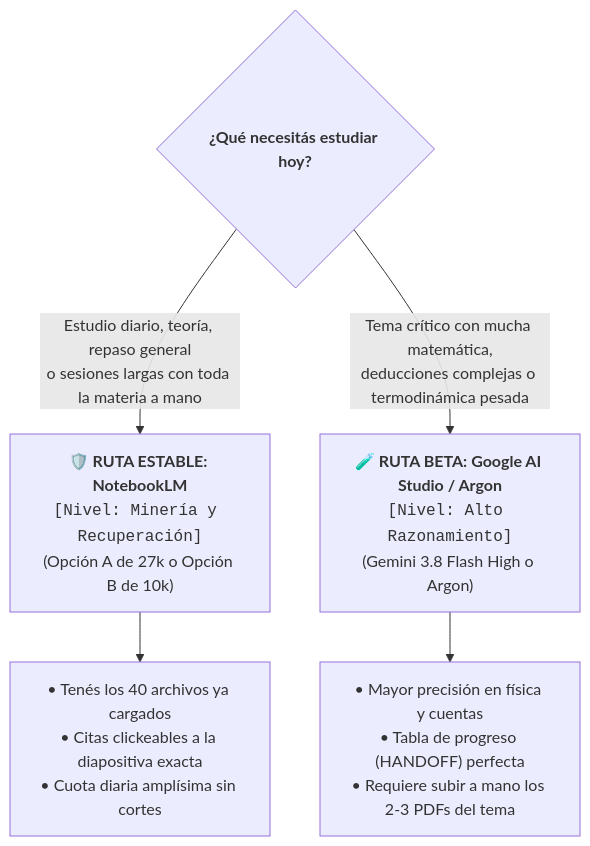
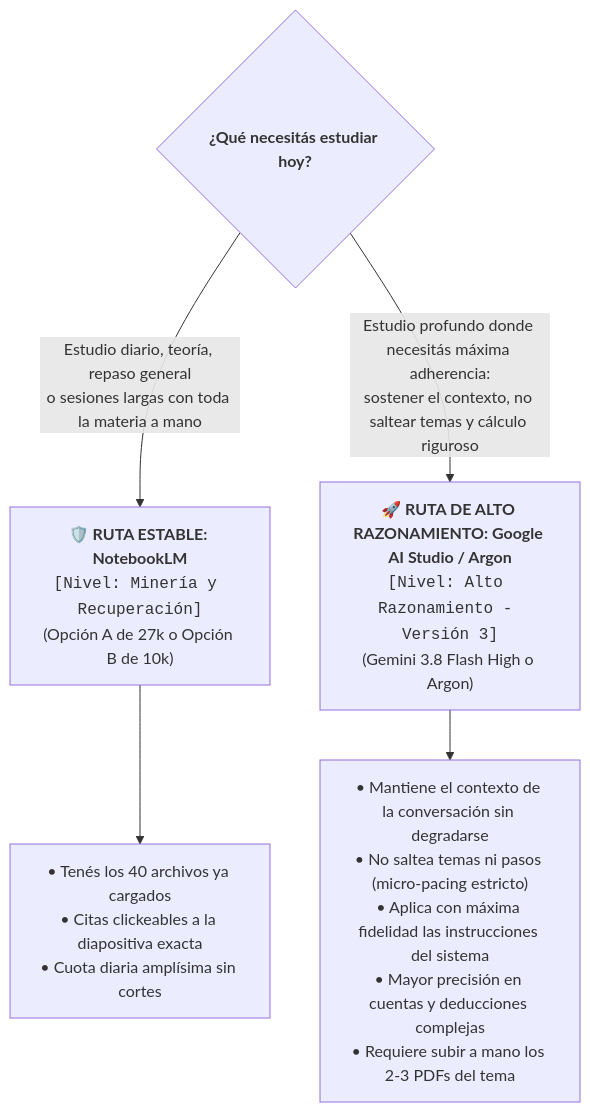
The diagram in src/site/notes/20. Áreas/Sistema de Estudio con IA/02 - Tutor Personal Cognitivo.md (benjat3/guias-ia-facu), drawn with Mermaid before and after one commit. The commit also changed other lines of this file and 1 other file, not shown here.

````diff
--- a/src/site/notes/20. Áreas/Sistema de Estudio con IA/02 - Tutor Personal Cognitivo.md
+++ b/src/site/notes/20. Áreas/Sistema de Estudio con IA/02 - Tutor Personal Cognitivo.md
@@ -17,13 +17,13 @@
 ```mermaid
 flowchart TD
     DECIDIR{"<b>¿Qué necesitás estudiar hoy?</b>"}
     
     ESTABLE["<b>🛡️ RUTA ESTABLE: NotebookLM</b><br><code>[Nivel: Minería y Recuperación]</code><br>(Opción A de 27k o Opción B de 10k)"]
-    BETA["<b>🧪 RUTA BETA: Google AI Studio / Argon</b><br><code>[Nivel: Alto Razonamiento]</code><br>(Gemini 3.8 Flash High o Argon)"]
+    ALTO_RAZ["<b>🚀 RUTA DE ALTO RAZONAMIENTO: Google AI Studio / Argon</b><br><code>[Nivel: Alto Razonamiento - Versión 3]</code><br>(Gemini 3.8 Flash High o Argon)"]
 
     DECIDIR -->|"Estudio diario, teoría, repaso general<br>o sesiones largas con toda la materia a mano"| ESTABLE
-    DECIDIR -->|"Tema crítico con mucha matemática,<br>deducciones complejas o termodinámica pesada"| BETA
+    DECIDIR -->|"Estudio profundo donde necesitás máxima adherencia:<br>sostener el contexto, no saltear temas y cálculo riguroso"| ALTO_RAZ
 
     ESTABLE --> E1["• Tenés los 40 archivos ya cargados<br>• Citas clickeables a la diapositiva exacta<br>• Cuota diaria amplísima sin cortes"]
-    BETA --> B1["• Mayor precisión en física y cuentas<br>• Tabla de progreso (HANDOFF) perfecta<br>• Requiere subir a mano los 2-3 PDFs del tema"]
+    ALTO_RAZ --> B1["• Mantiene el contexto de la conversación sin degradarse<br>• No saltea temas ni pasos (micro-pacing estricto)<br>• Aplica con máxima fidelidad las instrucciones del sistema<br>• Mayor precisión en cuentas y deducciones complejas<br>• Requiere subir a mano los 2-3 PDFs del tema"]
 ```
````
